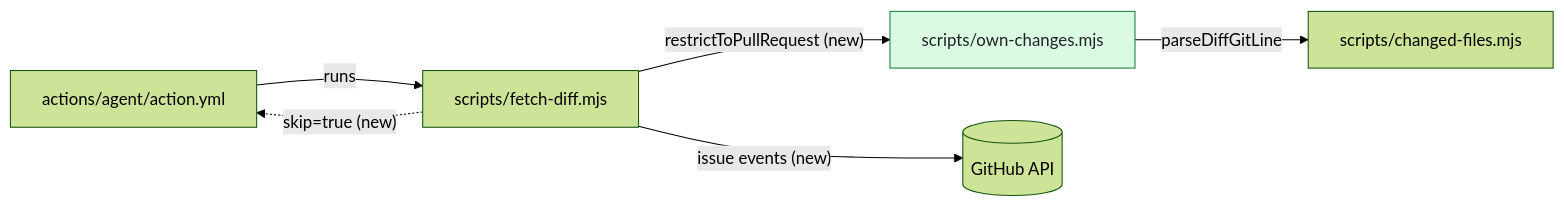
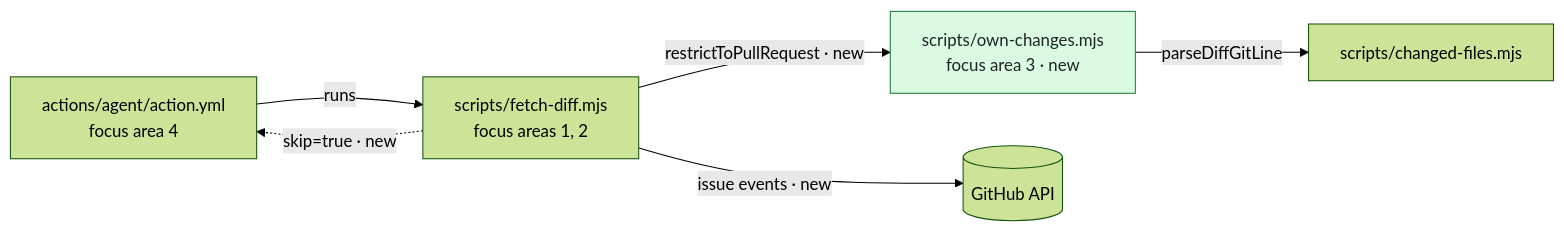
One commit to deyai-labs/pr-pitcrew changed the first of 2 diagrams in docs/concepts/review-guide-example.md. Above: the diagram before and after it, drawn with Mermaid (forest theme). The commit also changed other lines of this file and 1 other file, not shown here.

````diff
--- a/docs/concepts/review-guide-example.md
+++ b/docs/concepts/review-guide-example.md
@@ -38,14 +11,14 @@
 ```mermaid
 flowchart LR
-  action["actions/agent/action.yml"]
-  fetch["scripts/fetch-diff.mjs"]
-  own["scripts/own-changes.mjs"]:::added
+  action["actions/agent/action.yml<br/>focus area 4"]
+  fetch["scripts/fetch-diff.mjs<br/>focus areas 1, 2"]
+  own["scripts/own-changes.mjs<br/>focus area 3 · new"]:::added
   files["scripts/changed-files.mjs"]
   api[("GitHub API")]
   action -->|runs| fetch
-  fetch -.->|"skip=true (new)"| action
-  fetch -->|"restrictToPullRequest (new)"| own
+  fetch -.->|"skip=true · new"| action
+  fetch -->|"restrictToPullRequest · new"| own
   own -->|parseDiffGitLine| files
-  fetch -->|"issue events (new)"| api
+  fetch -->|"issue events · new"| api
   classDef added fill:#dafbe1,stroke:#1a7f37,color:#1f2328
 ```
````
